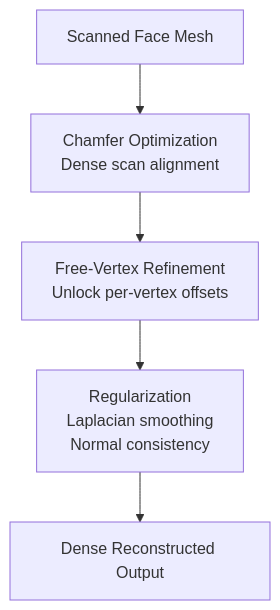
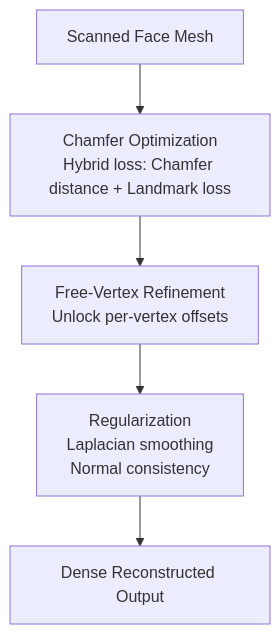
The diagram in README.md (maxim8908/3DMM-ScanFitter), drawn with Mermaid before and after one commit.

````diff
--- a/README.md
+++ b/README.md
@@ -18,13 +18,13 @@
 ```mermaid
 flowchart TD
     A[Scanned Face Mesh]
-    B["Chamfer Optimization<br/>Dense scan alignment"]
+    B["Chamfer Optimization<br/>Hybrid loss: Chamfer distance + Landmark loss"]
     C["Free-Vertex Refinement<br/>Unlock per-vertex offsets"]
     D["Regularization<br/>Laplacian smoothing<br/>Normal consistency"]
     E[Dense Reconstructed Output]
 
     A --> B
     B --> C
     C --> D
     D --> E
 ```
````
